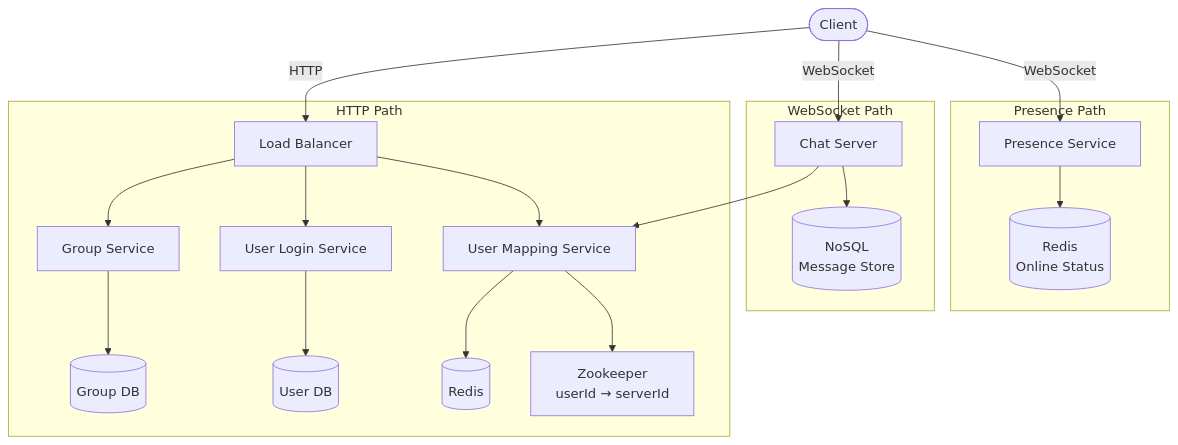
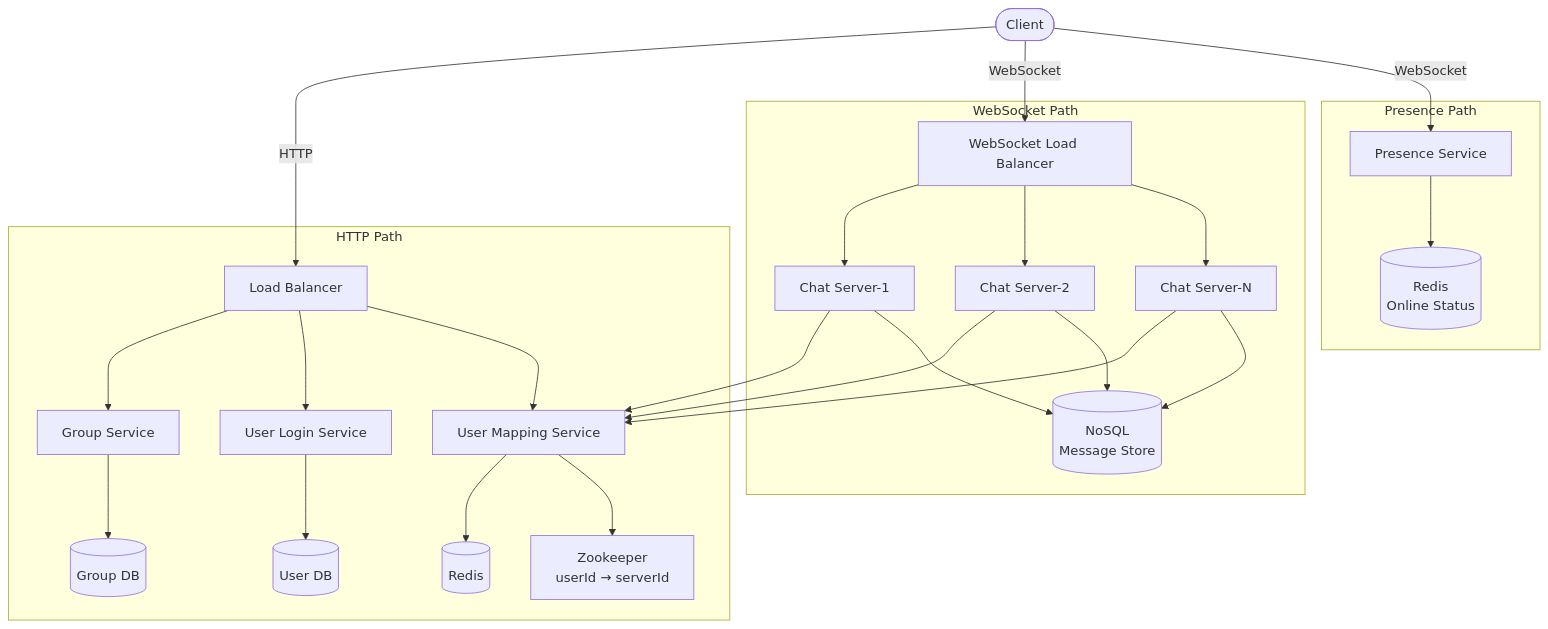
One commit to danishnetp/learning-system-design-concepts changed the seventh of 7 diagrams in src/main/java/com/system/design/high_level_design/code_concept/case_studies/hld-desing-chat-application.md. Above: the diagram before and after it, drawn with Mermaid. The commit also changed other lines of this file, not shown here.

Commit message:
HLD of Chat application

````diff
--- a/src/main/java/com/system/design/high_level_design/code_concept/case_studies/hld-desing-chat-application.md
+++ b/src/main/java/com/system/design/high_level_design/code_concept/case_studies/hld-desing-chat-application.md
@@ -593,43 +593,55 @@
 ```mermaid
 flowchart TD
     Client([Client])
 
     subgraph HTTP_Path[HTTP Path]
         LB[Load Balancer]
         GS[Group Service]
         ULS[User Login Service]
         UMS[User Mapping Service]
         GDB[(Group DB)]
         ULSDB[(User DB)]
         Redis1[(Redis)]
         ZK[Zookeeper\nuserId → serverId]
     end
 
     subgraph WS_Path[WebSocket Path]
-        CS[Chat Server]
+        WSLB[WebSocket Load Balancer]
+        CS1[Chat Server-1]
+        CS2[Chat Server-2]
+        CSN[Chat Server-N]
         NoSQL[(NoSQL\nMessage Store)]
     end
 
     subgraph Presence_Path[Presence Path]
         PS[Presence Service]
         Redis2[(Redis\nOnline Status)]
     end
 
     Client -- HTTP --> LB
 
     LB --> GS
     LB --> ULS
     LB --> UMS
 
     GS --> GDB
     ULS --> ULSDB
     UMS --> Redis1
     UMS --> ZK
 
-    Client -- WebSocket --> CS
-    CS --> UMS
-    CS --> NoSQL
+    Client -- WebSocket --> WSLB
+    WSLB --> CS1
+    WSLB --> CS2
+    WSLB --> CSN
+
+    CS1 --> UMS
+    CS2 --> UMS
+    CSN --> UMS
+
+    CS1 --> NoSQL
+    CS2 --> NoSQL
+    CSN --> NoSQL
 
     Client -- WebSocket --> PS
     PS --> Redis2
 ```
````
